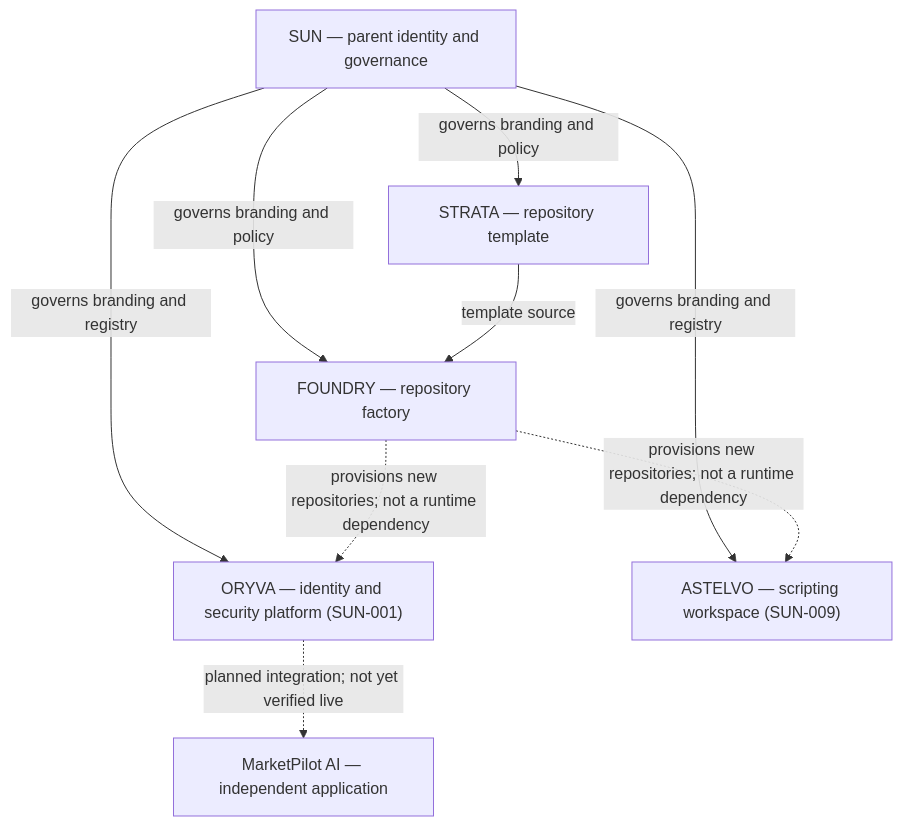
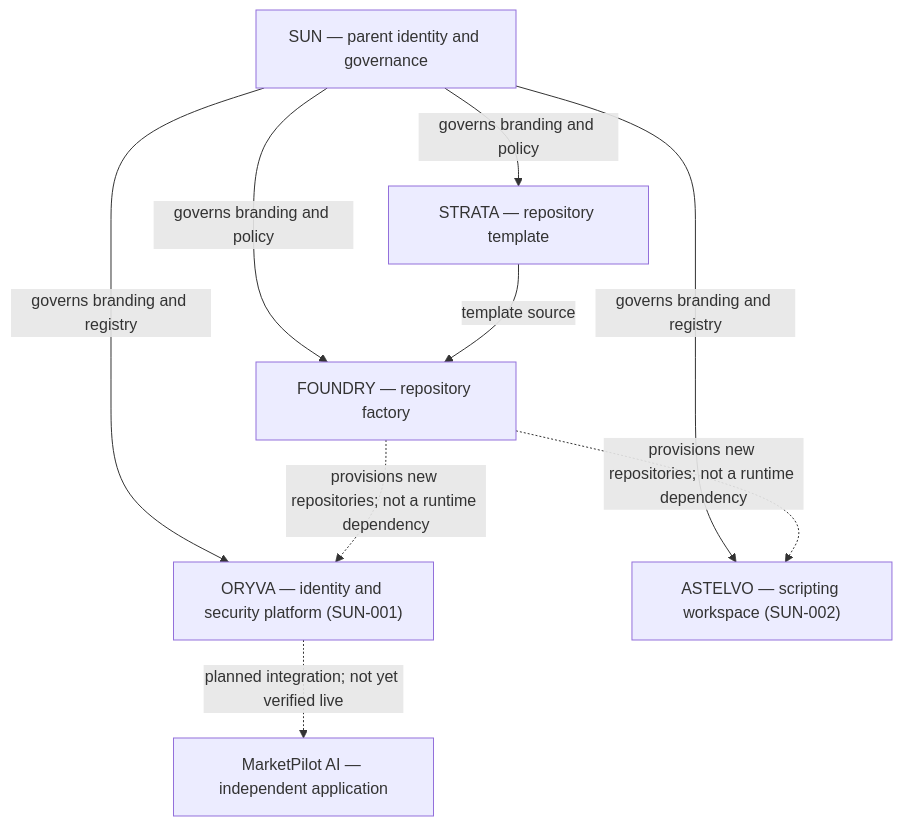
Before and after one commit to sunstriker2009/sun-ecosystem: the diagram in docs/architecture/ECOSYSTEM-MAP.md, drawn with Mermaid.

Commit message:
docs(registry): assign sequential IDs only to confirmed products

````diff
--- a/docs/architecture/ECOSYSTEM-MAP.md
+++ b/docs/architecture/ECOSYSTEM-MAP.md
@@ -6,18 +6,18 @@
 ```mermaid
 flowchart TD
     SUN["SUN — parent identity and governance"]
     STRATA["STRATA — repository template"]
     FOUNDRY["FOUNDRY — repository factory"]
     ORYVA["ORYVA — identity and security platform (SUN-001)"]
-    ASTELVO["ASTELVO — scripting workspace (SUN-009)"]
+    ASTELVO["ASTELVO — scripting workspace (SUN-002)"]
     MARKET["MarketPilot AI — independent application"]
 
     SUN -->|governs branding and policy| STRATA
     SUN -->|governs branding and policy| FOUNDRY
     SUN -->|governs branding and registry| ORYVA
     SUN -->|governs branding and registry| ASTELVO
     STRATA -->|template source| FOUNDRY
     FOUNDRY -.->|provisions new repositories; not a runtime dependency| ORYVA
     FOUNDRY -.->|provisions new repositories; not a runtime dependency| ASTELVO
     ORYVA -.->|planned integration; not yet verified live| MARKET
 ```
````
